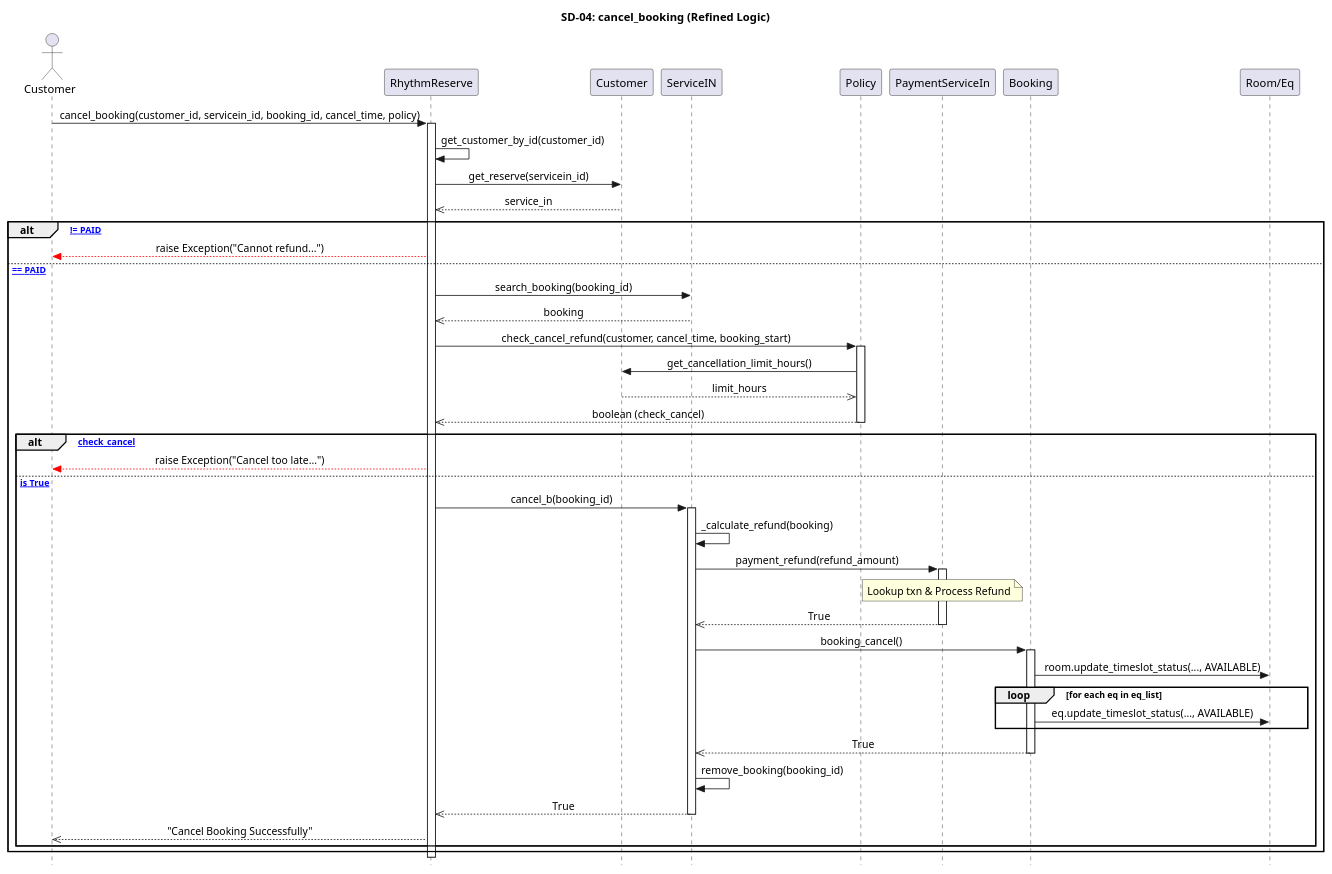
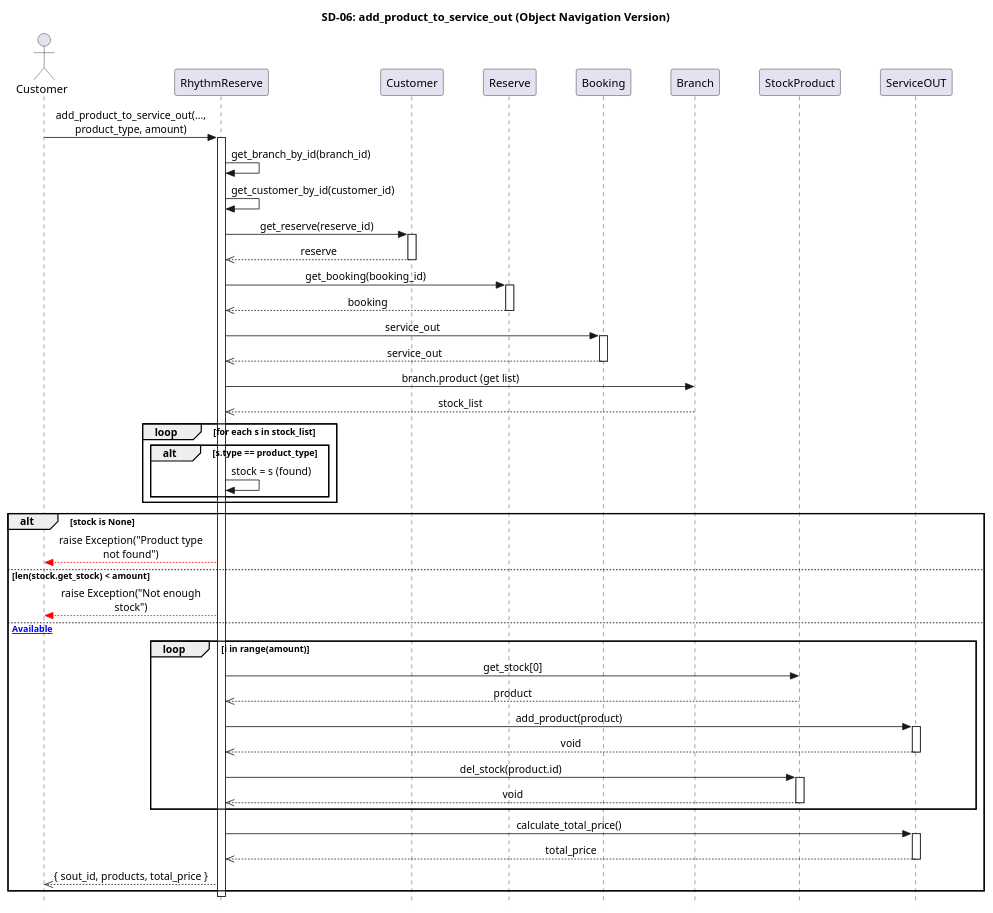
Before and after one commit to pjngth998/RhythmReserve: the diagram in diagram/sequence_diagram/9final_sequence/sss1.puml, drawn with PlantUML. The commit also changed 4 other files, not shown here.

```diff
--- a/diagram/sequence_diagram/9final_sequence/sss1.puml
+++ b/diagram/sequence_diagram/9final_sequence/sss1.puml
@@ -1,72 +1,85 @@
 @startuml
-title SD-04: cancel_booking (Refined Logic)
+title SD-06: add_product_to_service_out (Object Navigation Version)
 
 skinparam Style strictuml
+skinparam MaxMessageSize 200
 skinparam sequence {
     MessageAlignment center
+    ParticipantPadding 20
 }
 
 actor Customer as C
 participant "RhythmReserve" as RR
 participant "Customer" as CUS
-participant "ServiceIN" as SIN
-participant "Policy" as POL
-participant "PaymentServiceIn" as PSIN
+participant "Reserve" as RSV
 participant "Booking" as BK
-participant "Room/Eq" as RE
+participant "Branch" as BR
+participant "StockProduct" as STCK
+participant "ServiceOUT" as SOUT
 
-C -> RR : cancel_booking(customer_id, servicein_id, booking_id, cancel_time, policy)
+C -> RR : add_product_to_service_out(..., product_type, amount)
 activate RR
 
-    RR -> RR : get_customer_by_id(customer_id)
-    RR -> CUS : get_reserve(servicein_id)
-    CUS -->> RR : service_in
+' --- จุดที่แก้: การเข้าถึง Object ตามลำดับชั้น ---
+RR -> RR : get_branch_by_id(branch_id)
+RR -> RR : get_customer_by_id(customer_id)
 
-    ' เช็คสถานะการจ่ายเงิน
-    alt [service_in.status != PAID]
-        RR --[#red]> C : raise Exception("Cannot refund...")
-    else [status == PAID]
-        RR -> SIN : search_booking(booking_id)
-        SIN -->> RR : booking
+RR -> CUS : get_reserve(reserve_id)
+activate CUS
+CUS -->> RR : reserve
+deactivate CUS
 
-        ' การเช็ค Policy (ยุบให้คลีนเหมือนคูปอง)
-        RR -> POL : check_cancel_refund(customer, cancel_time, booking_start)
-        activate POL
-            POL -> CUS : get_cancellation_limit_hours()
-            CUS -->> POL : limit_hours
-            POL -->> RR : boolean (check_cancel)
-        deactivate POL
+RR -> RSV : get_booking(booking_id)
+activate RSV
+RSV -->> RR : booking
+deactivate RSV
 
-        alt [not check_cancel]
-            RR --[#red]> C : raise Exception("Cancel too late...")
-        else [check_cancel is True]
-            
-            ' เริ่มกระบวนการ cancel_b ภายใน ServiceIN
-            RR -> SIN : cancel_b(booking_id)
-            activate SIN
-                SIN -> SIN : _calculate_refund(booking)
-                
-                SIN -> PSIN : payment_refund(refund_amount)
-                activate PSIN
-                    note over PSIN : Lookup txn & Process Refund
-                    PSIN -->> SIN : True
-                deactivate PSIN
+RR -> BK : service_out
+activate BK
+BK -->> RR : service_out
+deactivate BK
 
-                SIN -> BK : booking_cancel()
-                activate BK
-                    BK -> RE : room.update_timeslot_status(..., AVAILABLE)
-                    loop for each eq in eq_list
-                        BK -> RE : eq.update_timeslot_status(..., AVAILABLE)
-                    end
-                    BK -->> SIN : True
-                deactivate BK
+' --- ค้นหา Stock ---
+RR -> BR : branch.product (get list)
+BR -->> RR : stock_list
 
-                SIN -> SIN : remove_booking(booking_id)
-                SIN -->> RR : True
-            deactivate SIN
+loop for each s in stock_list
+    alt s.type == product_type
+        RR -> RR : stock = s (found)
+    end
+end
 
-            RR -->> C : "Cancel Booking Successfully"
-        end
+' --- ตรวจสอบ Exception (ยุบรวมให้พอดีขอบ) ---
+alt stock is None
+    RR --[#red]> C : raise Exception("Product type not found")
+else len(stock.get_stock) < amount
+    RR --[#red]> C : raise Exception("Not enough stock")
+else [Available]
+    
+    ' --- วนลูปจัดการสินค้าตามโค้ด ---
+    loop i in range(amount)
+        RR -> STCK : get_stock[0]
+        STCK -->> RR : product
+
+        RR -> SOUT : add_product(product)
+        activate SOUT
+        SOUT -->> RR : void
+        deactivate SOUT
+
+        RR -> STCK : del_stock(product.id)
+        activate STCK
+        STCK -->> RR : void
+        deactivate STCK
     end
+
+    ' สรุปผลตอนท้าย
+    RR -> SOUT : calculate_total_price()
+    activate SOUT
+    SOUT -->> RR : total_price
+    deactivate SOUT
+
+    RR -->> C : { sout_id, products, total_price }
+end
+
 deactivate RR
 @enduml
```
